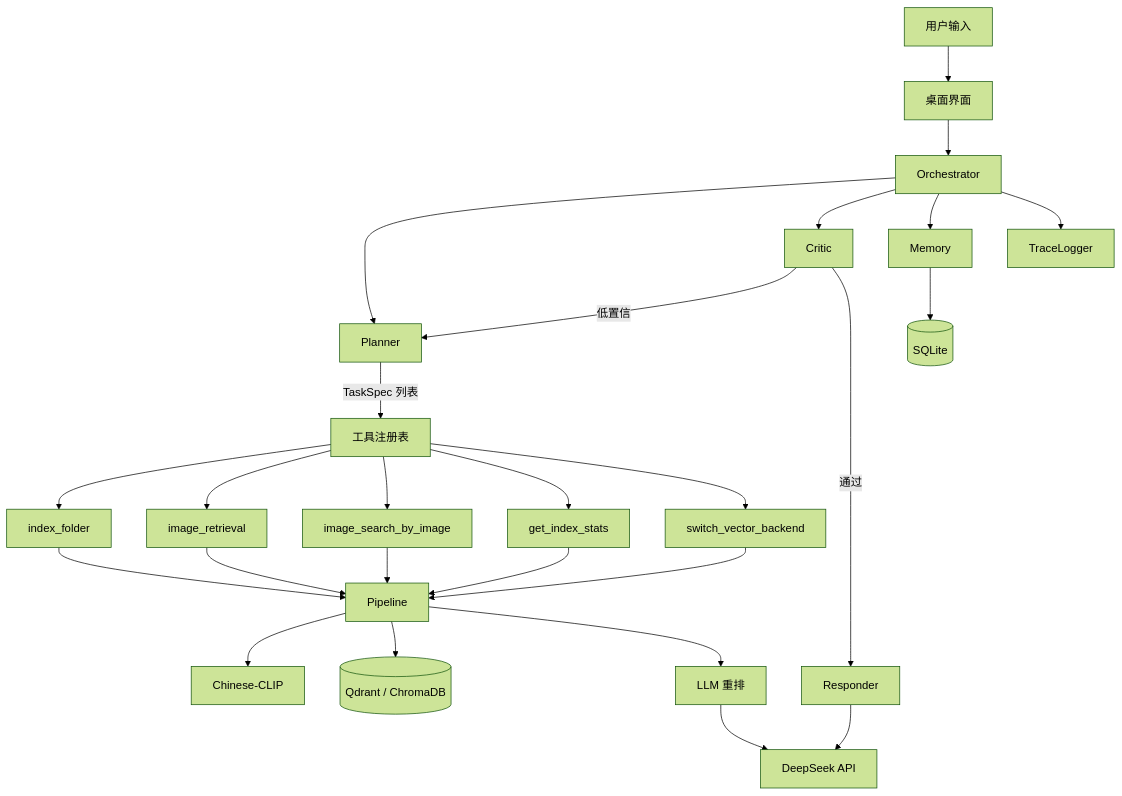
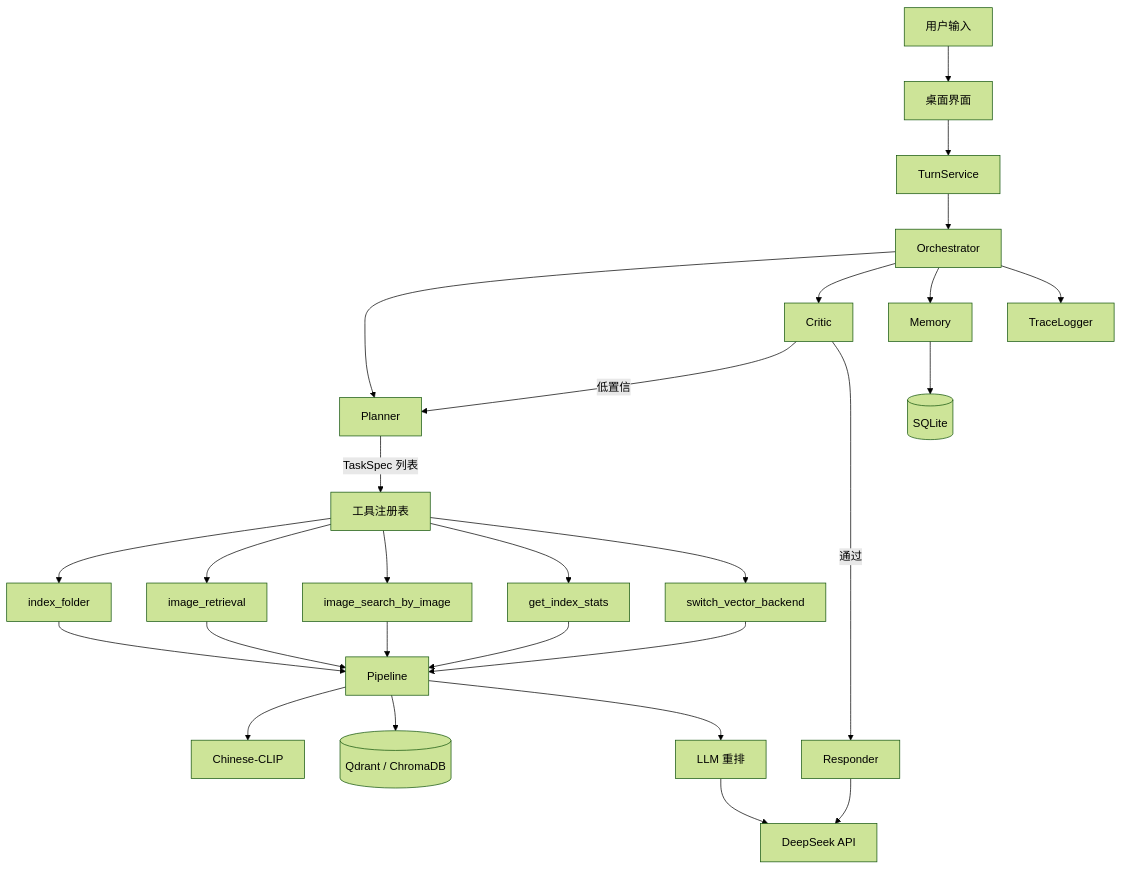
One commit to midiexiaomeng/Findgo-agent changed the diagram in docs/architecture.md. Above: the diagram before and after it, drawn with Mermaid (forest theme). The commit also changed other lines of this file and 26 other files, not shown here.

````diff
--- a/docs/architecture.md
+++ b/docs/architecture.md
@@ -179,28 +187,29 @@
 ```mermaid
 graph TD
     U[用户输入] --> UI[桌面界面]
-    UI --> O[Orchestrator]
+    UI --> TS[TurnService]
+    TS --> O[Orchestrator]
     O --> P[Planner]
     P -->|TaskSpec 列表| T[工具注册表]
     T --> IF[index_folder]
     T --> IR[image_retrieval]
     T --> II[image_search_by_image]
     T --> IS[get_index_stats]
     T --> SB[switch_vector_backend]
     IF --> PL[Pipeline]
     IR --> PL
     II --> PL
     IS --> PL
     SB --> PL
     PL --> E[Chinese-CLIP]
     PL --> V[(Qdrant / ChromaDB)]
     PL --> RR[LLM 重排]
     RR --> API[DeepSeek API]
     O --> C[Critic]
     C -->|低置信| P
     C -->|通过| RS[Responder]
     RS --> API
     O --> M[Memory]
     M --> DB[(SQLite)]
     O --> L[TraceLogger]
 ```
````
